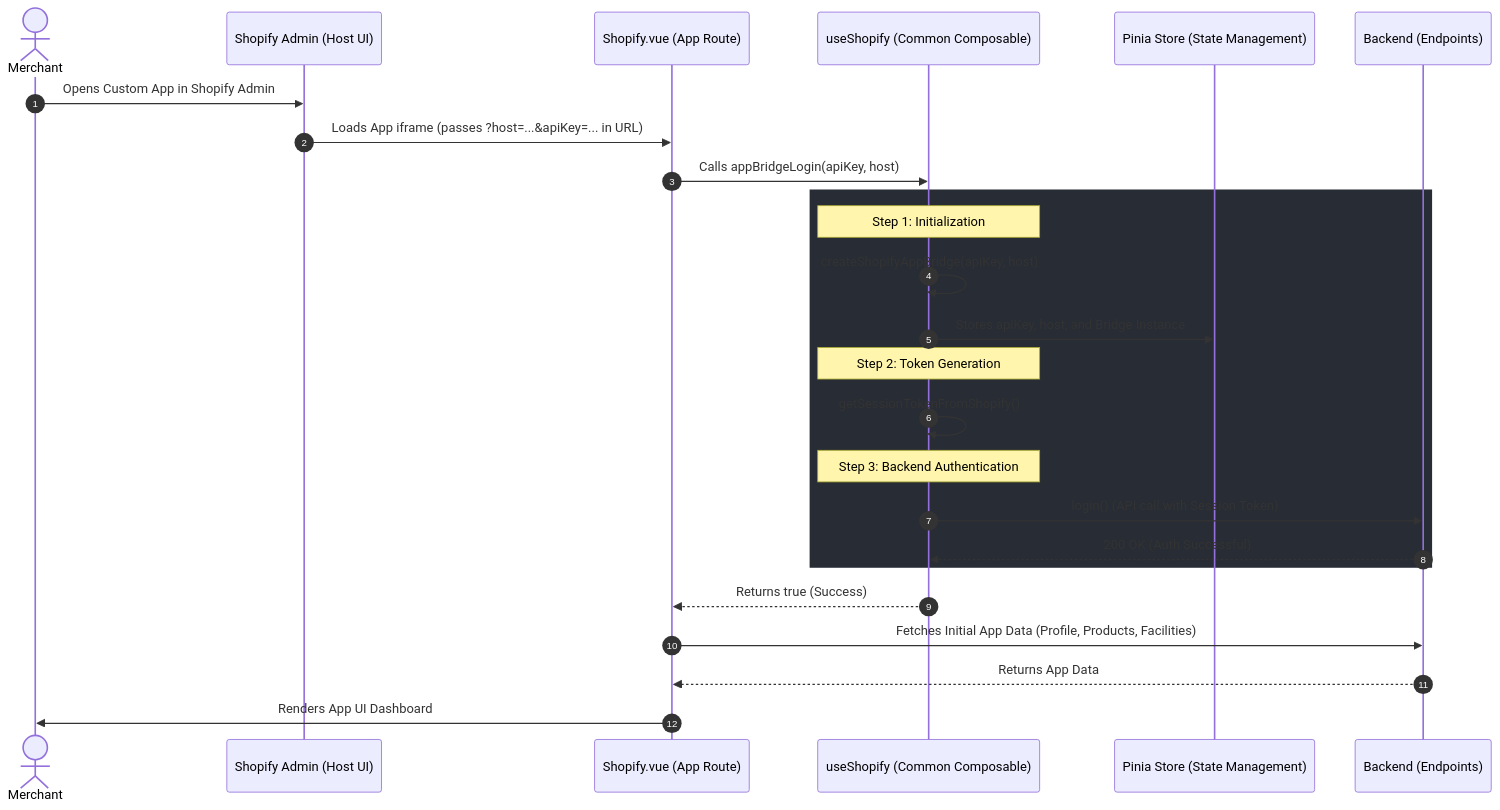
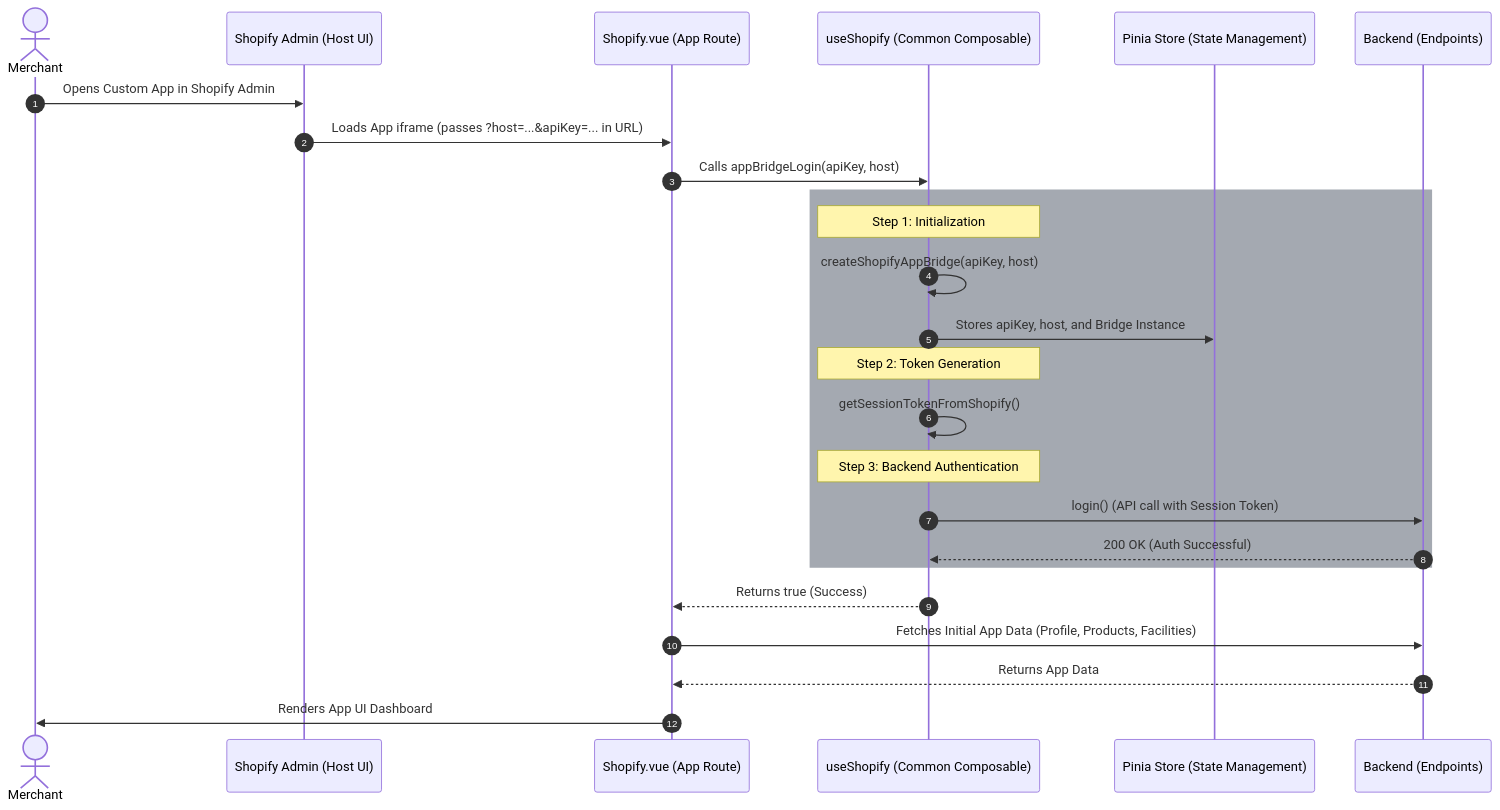
One commit to Banibrata-Manna/project-ideas changed the diagram in accxui-embedded-apps/shopify_embedded_app_design.md. Above: the diagram before and after it, drawn with Mermaid.

Commit message:
Changed: App bridge login function block background

````diff
--- a/accxui-embedded-apps/shopify_embedded_app_design.md
+++ b/accxui-embedded-apps/shopify_embedded_app_design.md
@@ -9,32 +9,32 @@
 ```mermaid
 sequenceDiagram
     autonumber
     actor Merchant
     participant Shopify as Shopify Admin (Host UI)
     participant Page as Shopify.vue (App Route)
     participant Composable as useShopify (Common Composable)
     participant Store as Pinia Store (State Management)
     participant API as Backend (Endpoints)
 
     Merchant->>Shopify: Opens Custom App in Shopify Admin
     Shopify->>Page: Loads App iframe (passes ?host=...&apiKey=... in URL)
     Page->>Composable: Calls appBridgeLogin(apiKey, host)
     
-    rect rgb(40, 44, 52)
+    rect rgba(164, 169, 177, 1)
     Note over Composable: Step 1: Initialization
     Composable->>Composable: createShopifyAppBridge(apiKey, host)
     Composable->>Store: Stores apiKey, host, and Bridge Instance
     
     Note over Composable: Step 2: Token Generation
     Composable->>Composable: getSessionTokenFromShopify()
     
     Note over Composable: Step 3: Backend Authentication
     Composable->>API: login() (API call with Session Token)
     API-->>Composable: 200 OK (Auth Successful)
     end
     
     Composable-->>Page: Returns true (Success)
     Page->>API: Fetches Initial App Data (Profile, Products, Facilities)
     API-->>Page: Returns App Data
     Page->>Merchant: Renders App UI Dashboard
 ```
````
